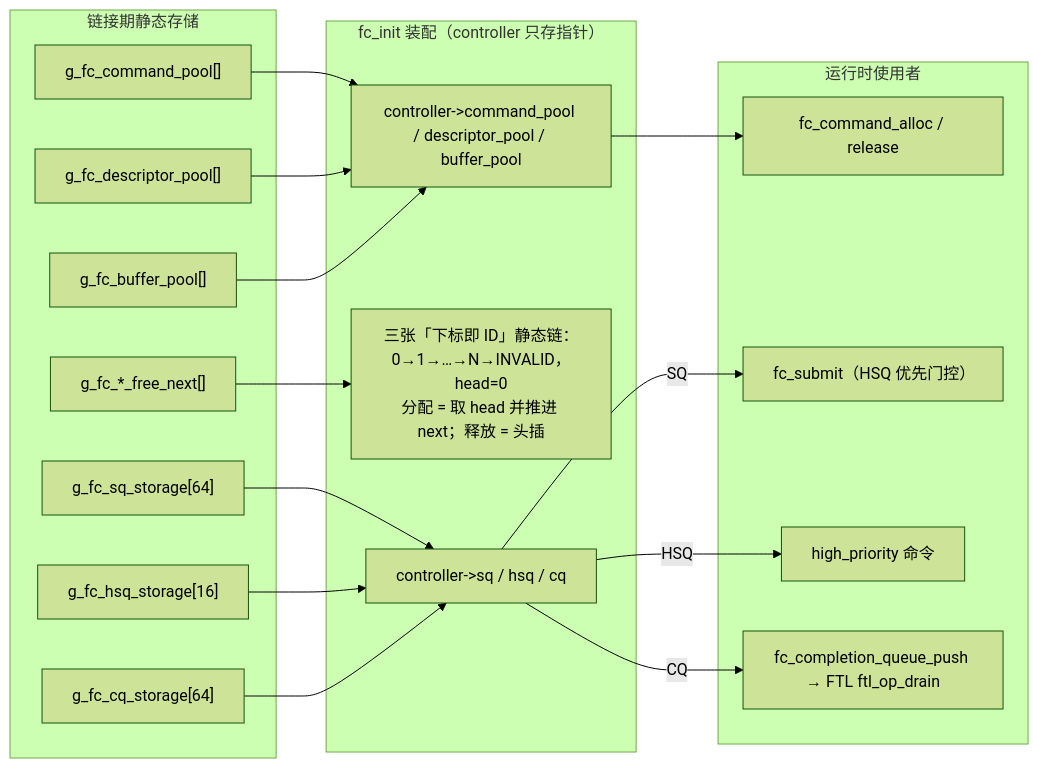
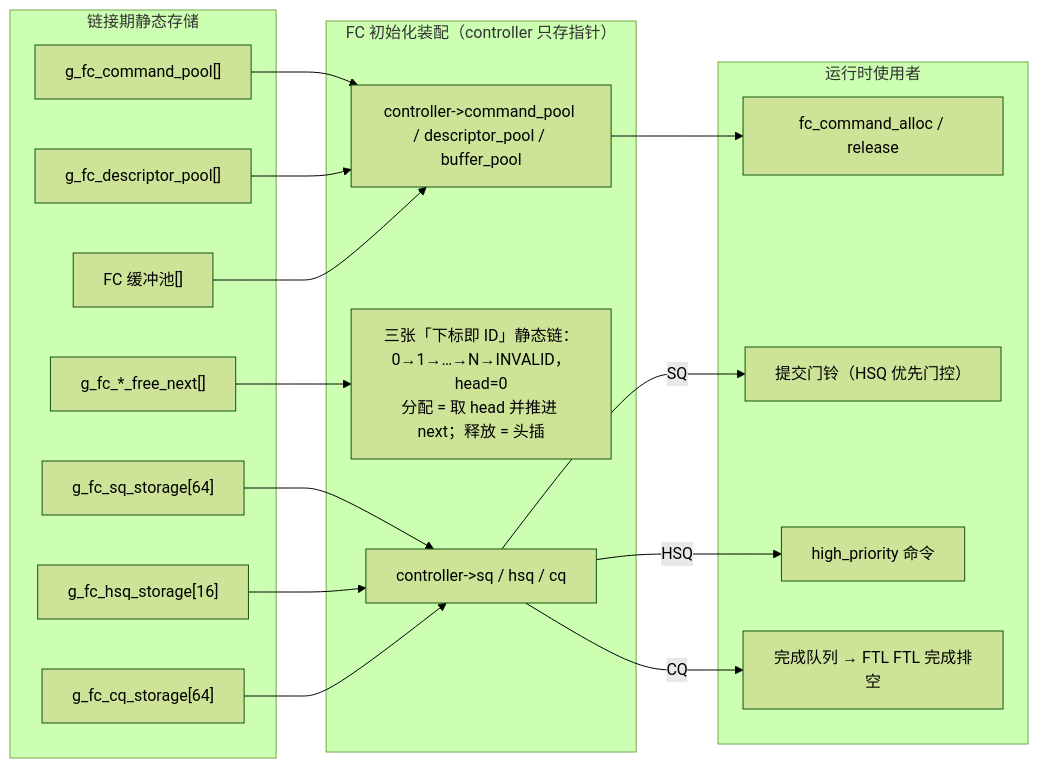
Before and after one commit to YzYMIAO/BASESSD: diagram 13 of 18 in docs/design/fc_nand_design.md, drawn with Mermaid (forest theme). The commit also changed other lines of this file and 49 other files, not shown here.

````diff
--- a/docs/design/fc_nand_design.md
+++ b/docs/design/fc_nand_design.md
@@ -2046,37 +1983,37 @@
 ```mermaid
 flowchart LR
     subgraph "链接期静态存储"
         P1["g_fc_command_pool[]"]
         P2["g_fc_descriptor_pool[]"]
-        P3["g_fc_buffer_pool[]"]
+        P3["FC 缓冲池[]"]
         PN["g_fc_*_free_next[]"]
         SQ["g_fc_sq_storage[64]"]
         HSQ["g_fc_hsq_storage[16]"]
         CQ["g_fc_cq_storage[64]"]
     end
 
-    subgraph "fc_init 装配（controller 只存指针）"
+    subgraph "FC 初始化装配（controller 只存指针）"
         CTRL["controller->command_pool / descriptor_pool / buffer_pool"]
         CH["三张「下标即 ID」静态链：0→1→…→N→INVALID，head=0<br/>分配 = 取 head 并推进 next；释放 = 头插"]
         CSQ["controller->sq / hsq / cq"]
     end
 
     subgraph "运行时使用者"
         U1["fc_command_alloc / release"]
-        U2["fc_submit（HSQ 优先门控）"]
+        U2["提交门铃（HSQ 优先门控）"]
         U3["high_priority 命令"]
-        U4["fc_completion_queue_push → FTL ftl_op_drain"]
+        U4["完成队列 → FTL FTL 完成排空"]
     end
 
     P1 --> CTRL
     P2 --> CTRL
     P3 --> CTRL
     PN --> CH
     SQ --> CSQ
     HSQ --> CSQ
     CQ --> CSQ
     CTRL --> U1
     CSQ -- "SQ" --> U2
     CSQ -- "HSQ" --> U3
     CSQ -- "CQ" --> U4
 ```
````
